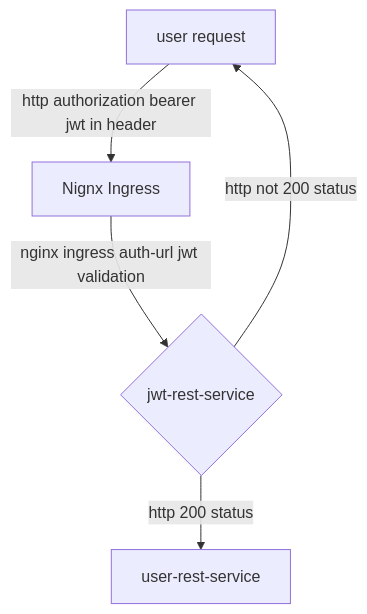
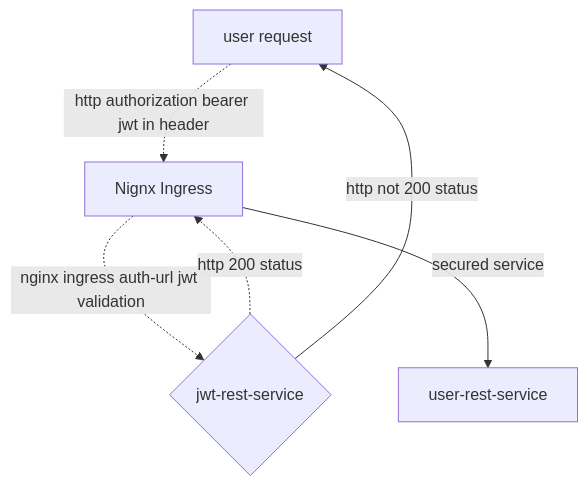
One commit to sonamsamdupkhangsar/sonamsamdupkhangsar.github.io changed the third of 3 diagrams in README.md. Above: the diagram before and after it, drawn with Mermaid.

Commit message:
add jwt redirection

````diff
--- a/README.md
+++ b/README.md
@@ -24,7 +24,8 @@
 ```mermaid
 flowchart TD
-    A[user request] --> |http authorization bearer jwt in header| B[Nignx Ingress]
-    B --> | nginx ingress auth-url jwt validation| C{jwt-rest-service}
-    C --> |http 200 status| D[user-rest-service] 
+    A[user request] -.-> |http authorization bearer jwt in header| B[Nignx Ingress]
+    B -.-> | nginx ingress auth-url jwt validation| C{jwt-rest-service}
+    C -.-> |http 200 status| B
+    B -->|secured service| D[user-rest-service] 
     C --> | http not 200 status| A
 ``` 
````
